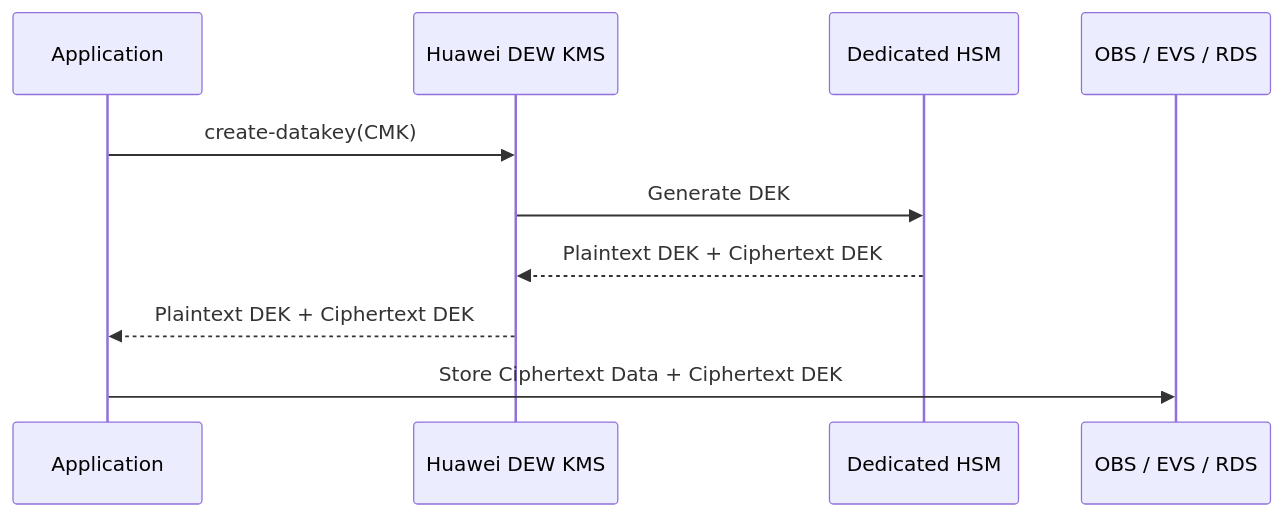
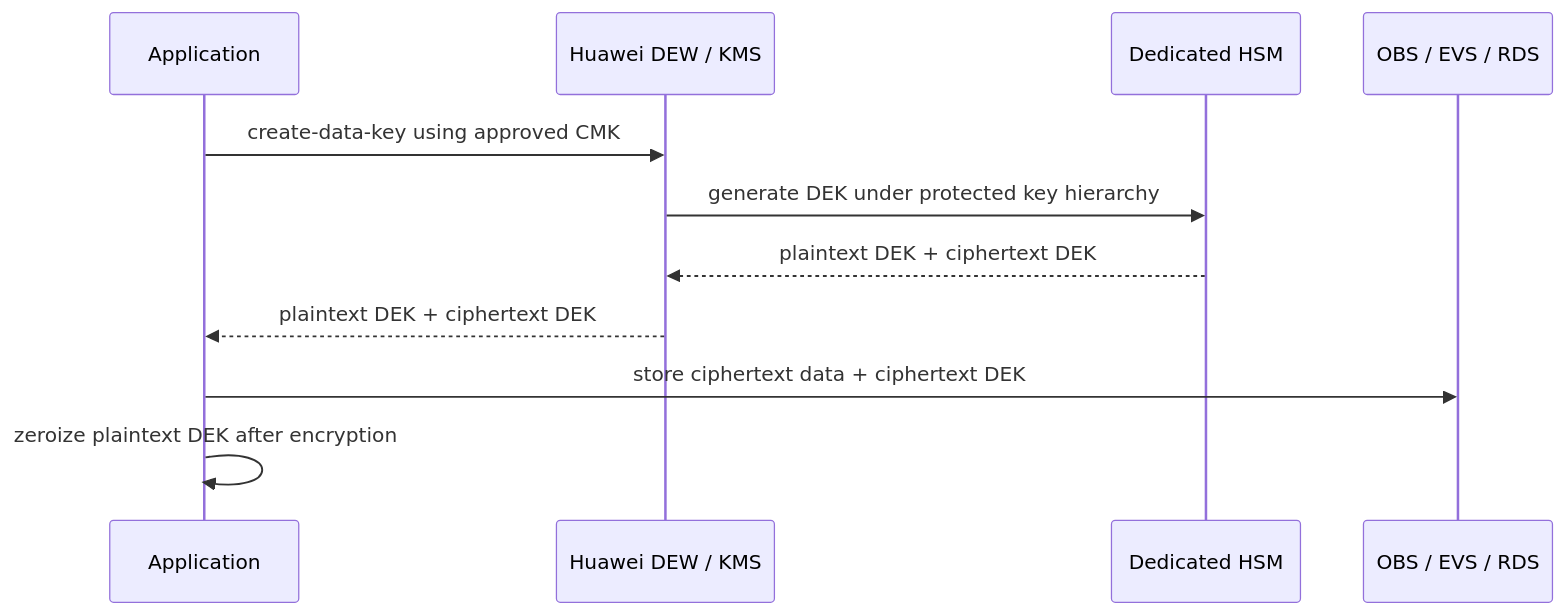
One commit to jfang88/EnterpriseCryptography changed the tenth of 16 diagrams in Enterprise Cryptographic Management Guideline v1_5.md. Above: the diagram before and after it, drawn with Mermaid. The commit also changed other lines of this file, not shown here.

````diff
--- a/Enterprise Cryptographic Management Guideline v1_5.md
+++ b/Enterprise Cryptographic Management Guideline v1_5.md
@@ -689,13 +847,14 @@
 ```mermaid
 sequenceDiagram
     participant App as Application
-    participant DEW as Huawei DEW KMS
+    participant DEW as Huawei DEW / KMS
     participant HSM as Dedicated HSM
     participant Storage as OBS / EVS / RDS
 
-    App->>DEW: create-datakey(CMK)
-    DEW->>HSM: Generate DEK
-    HSM-->>DEW: Plaintext DEK + Ciphertext DEK
-    DEW-->>App: Plaintext DEK + Ciphertext DEK
-    App->>Storage: Store Ciphertext Data + Ciphertext DEK
+    App->>DEW: create-data-key using approved CMK
+    DEW->>HSM: generate DEK under protected key hierarchy
+    HSM-->>DEW: plaintext DEK + ciphertext DEK
+    DEW-->>App: plaintext DEK + ciphertext DEK
+    App->>Storage: store ciphertext data + ciphertext DEK
+    App->>App: zeroize plaintext DEK after encryption
 ```
````
